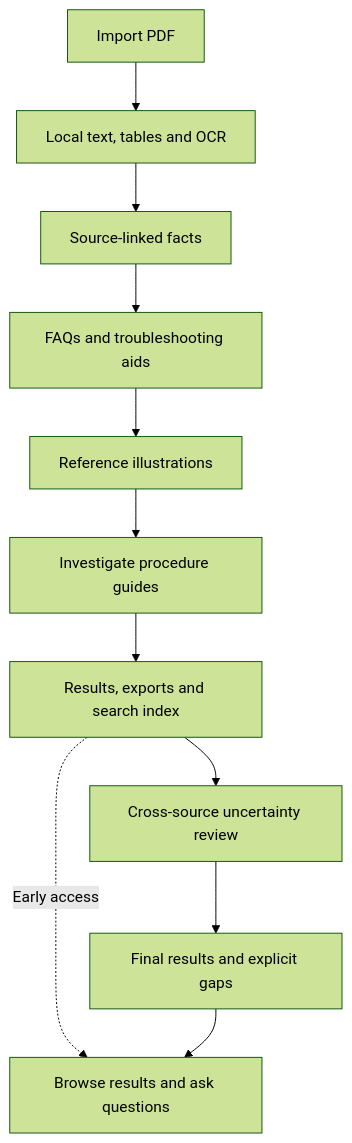
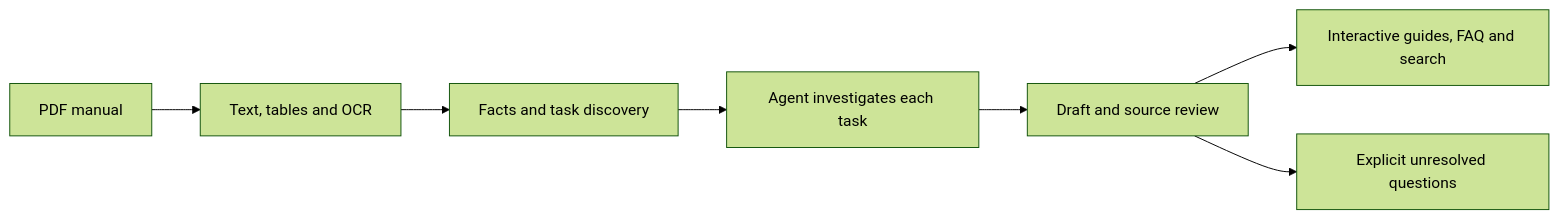
The diagram in README.md (stochasticrobot/ManualAssist), drawn with Mermaid (forest theme) before and after one commit. The commit also changed other lines of this file and 10 other files, not shown here.

````diff
--- a/README.md
+++ b/README.md
@@ -63,13 +59,9 @@
 ```mermaid
-flowchart TD
-    A["Import PDF"] --> B["Local text, tables and OCR"]
-    B --> C["Source-linked facts"]
-    C --> D["FAQs and troubleshooting aids"]
-    D --> E["Reference illustrations"]
-    E --> F["Investigate procedure guides"]
-    F --> G["Results, exports and search index"]
-    G --> H["Cross-source uncertainty review"]
-    H --> I["Final results and explicit gaps"]
-    G -. "Early access" .-> J["Browse results and ask questions"]
-    I --> J
+flowchart LR
+    A[PDF manual] --> B[Text, tables and OCR]
+    B --> C[Facts and task discovery]
+    C --> D[Agent investigates each task]
+    D --> E[Draft and source review]
+    E --> F[Interactive guides, FAQ and search]
+    E --> G[Explicit unresolved questions]
 ```
````
